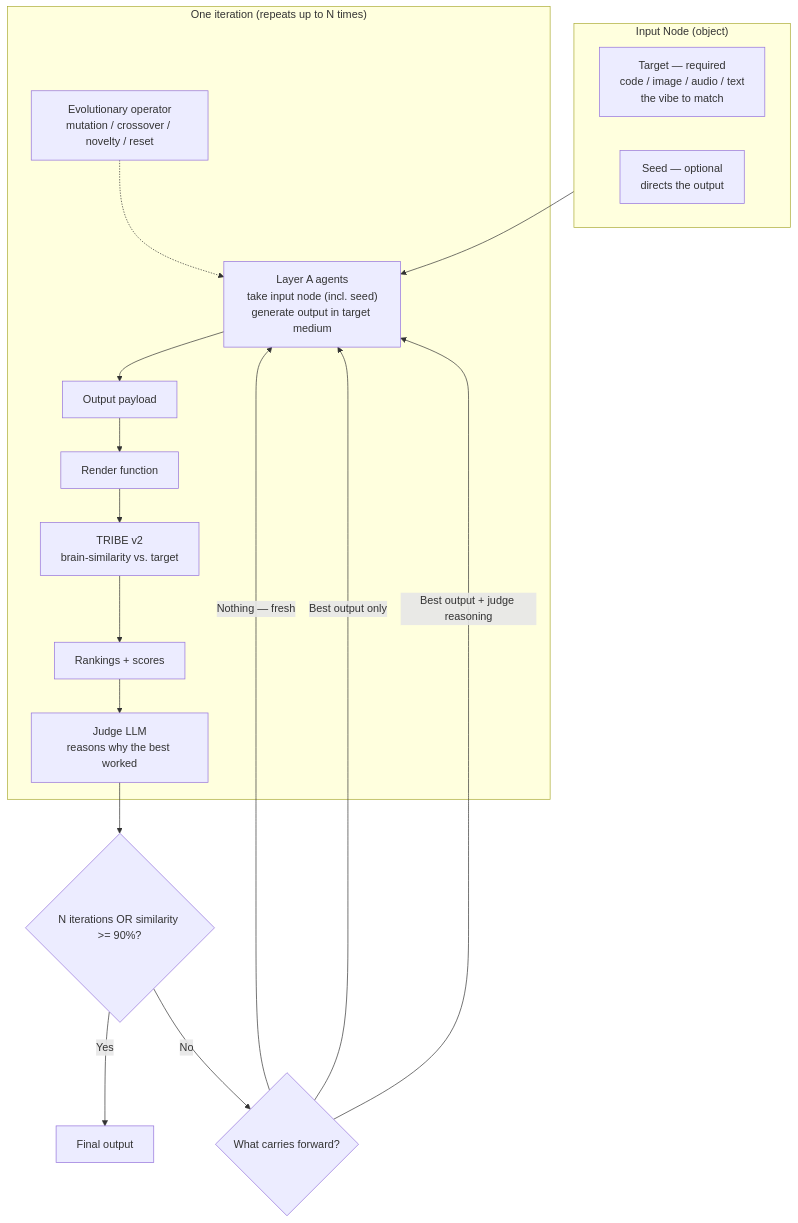
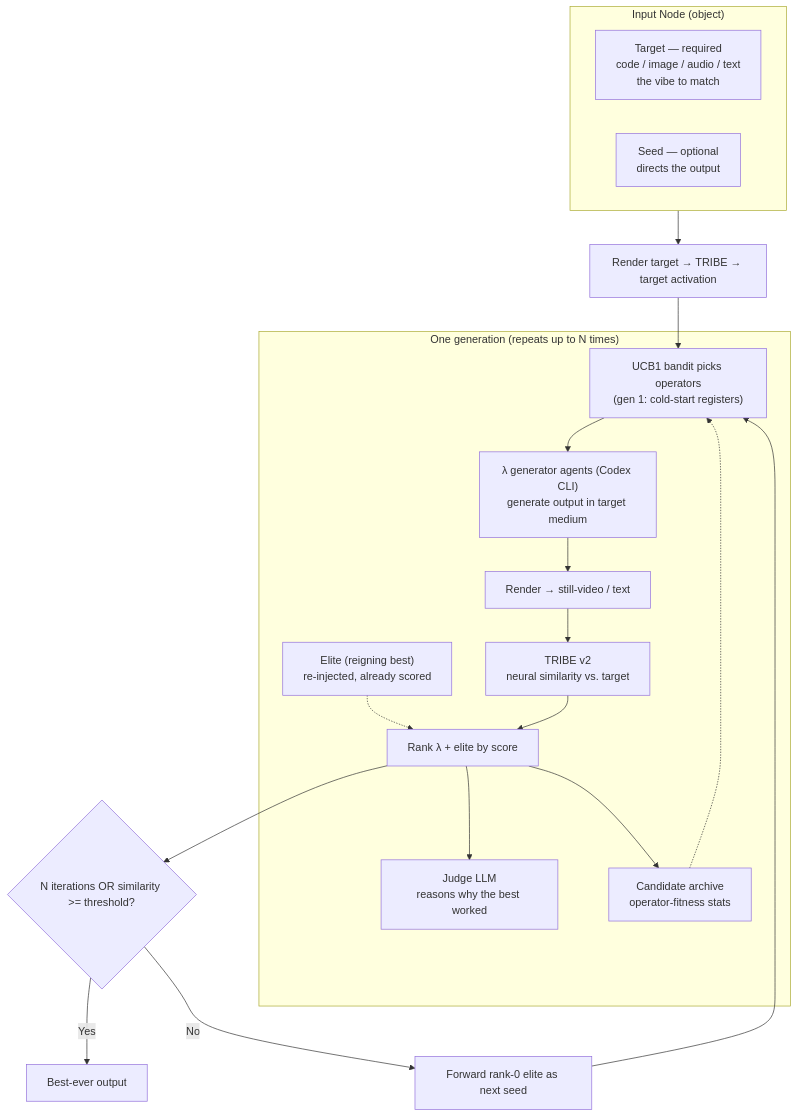
The diagram in docs/ARCHITECTURE.md (EvanZhouDev/felt-1), drawn with Mermaid before and after one commit. The commit also changed other lines of this file and 1 other file, not shown here.

First line of the commit message:
:memo: docs(architecture): sync loop + scoring docs to landed code

````diff
--- a/docs/ARCHITECTURE.md
+++ b/docs/ARCHITECTURE.md
@@ -57,24 +79,24 @@
 ```mermaid
 flowchart TD
     subgraph InputNode["Input Node (object)"]
         Target["Target — required<br>code / image / audio / text<br>the vibe to match"]
         Seed["Seed — optional<br>directs the output"]
     end
-    InputNode --> Agents
-    subgraph Iteration["One iteration (repeats up to N times)"]
-        Agents["Layer A agents<br>take input node (incl. seed)<br>generate output in target medium"]
-        Operator["Evolutionary operator<br>mutation / crossover / novelty / reset"]
-        Operator -.-> Agents
-        Agents --> Payload["Output payload"]
-        Payload --> Render["Render function"]
-        Render --> Tribe["TRIBE v2<br>brain-similarity vs. target"]
-        Tribe --> Rank["Rankings + scores"]
+    InputNode --> Target0["Render target → TRIBE → target activation"]
+    Target0 --> Bandit
+    subgraph Iteration["One generation (repeats up to N times)"]
+        Bandit["UCB1 bandit picks operators<br>(gen 1: cold-start registers)"]
+        Bandit --> Agents["λ generator agents (Codex CLI)<br>generate output in target medium"]
+        Elite["Elite (reigning best)<br>re-injected, already scored"] -.-> Rank
+        Agents --> Render["Render → still-video / text"]
+        Render --> Tribe["TRIBE v2<br>neural similarity vs. target"]
+        Tribe --> Rank["Rank λ + elite by score"]
         Rank --> Judge["Judge LLM<br>reasons why the best worked"]
+        Rank --> Archive["Candidate archive<br>operator-fitness stats"]
+        Archive -.-> Bandit
     end
-    Judge --> Terminate{"N iterations OR similarity >= 90%?"}
-    Terminate -->|Yes| Final["Final output"]
-    Terminate -->|No| NextGen{"What carries forward?"}
-    NextGen -->|"Nothing — fresh"| Agents
-    NextGen -->|"Best output only"| Agents
-    NextGen -->|"Best output + judge reasoning"| Agents
+    Rank --> Terminate{"N iterations OR similarity >= threshold?"}
+    Terminate -->|Yes| Final["Best-ever output"]
+    Terminate -->|No| Forward["Forward rank-0 elite as next seed"]
+    Forward --> Bandit
 ```
````
